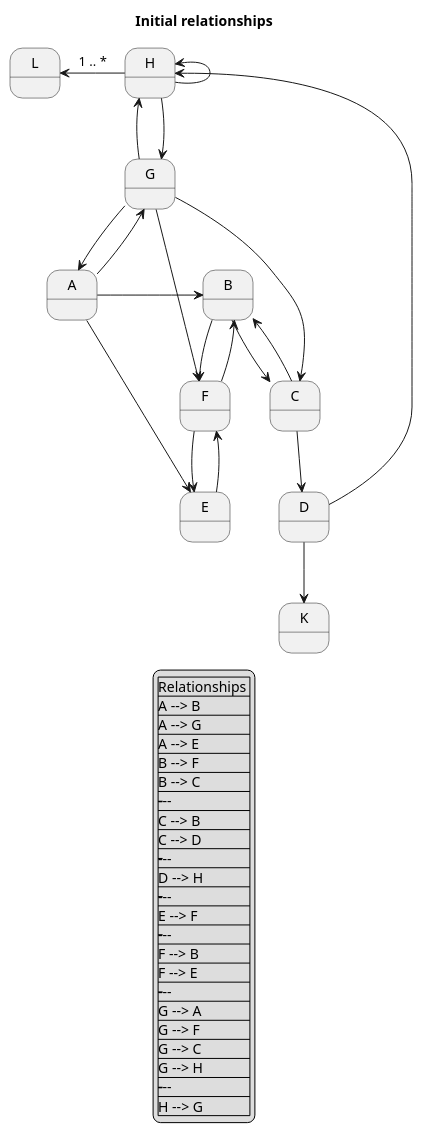
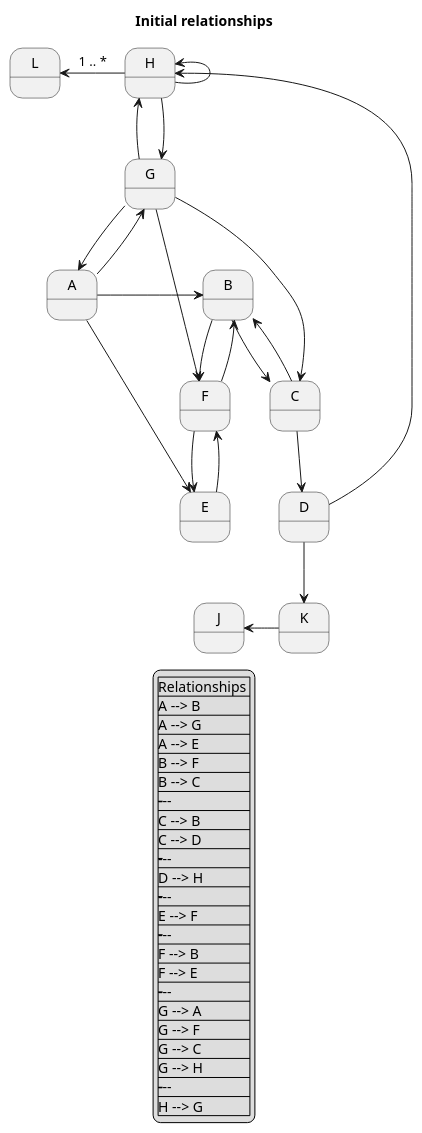
The diagram in doc/init.puml (jorgwel/structure-collector), drawn with PlantUML before and after one commit. The commit also changed 9 other files, not shown here.

```diff
--- a/doc/init.puml
+++ b/doc/init.puml
@@ -1,70 +1,73 @@
 @startuml
 
 	title Initial relationships
 
 	state A
 	state B
 	state C
 	state D
 	state E
 	state F
 	state G
 	state H
+	state J
 	state K
 	state L
 
 	A -right-> B
 	A -down-> G
 	A -down-> E
 
 	B -right-> F
 	B -down-> C
 	
 	C --> B
 	C -down-> D
 	
 	D -down-> H
 	D -down-> K
+
+	K -left-> J
 
 	E --> F
 
 
 	F --> B
 	F --> E
 
 	G --> A
 	G --> F
 	G -right-> C
 	G -left-> H
 
 	H --> G
 	H -up-> H
 
 	H -left-> L : 1 .. *
 
  legend
  |Relationships |
 |A --> B|
 |A --> G|
 |A --> E|
 |B --> F|
 |B --> C|
 |-------|
 |C --> B|
 |C --> D|
 |-------|
 |D --> H|
 |-------|
 |E --> F|
 |-------|
 |F --> B|
 |F --> E|
 |-------|
 |G --> A|
 |G --> F|
 |G --> C|
 |G --> H|
 |-------|
 |H --> G|
  endlegend	
 @enduml
```
